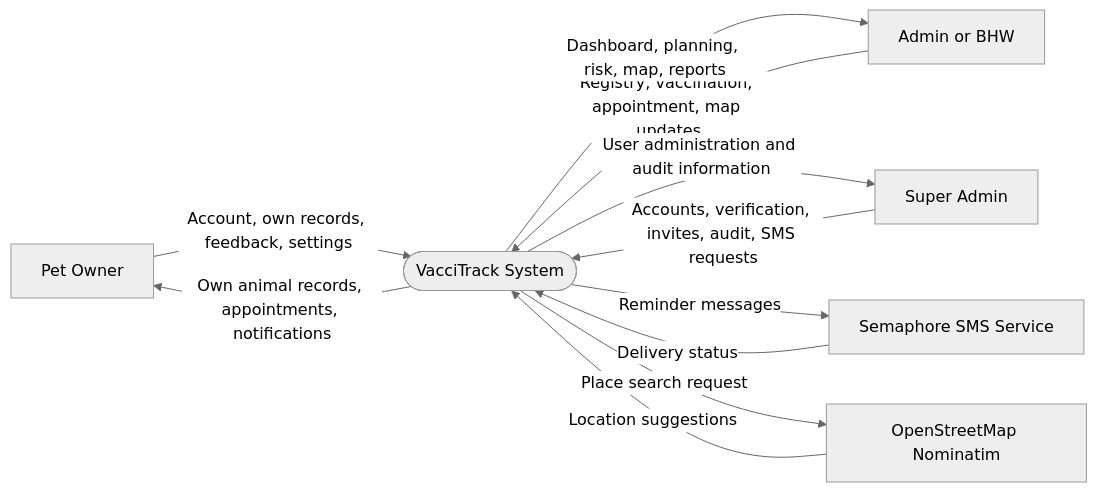
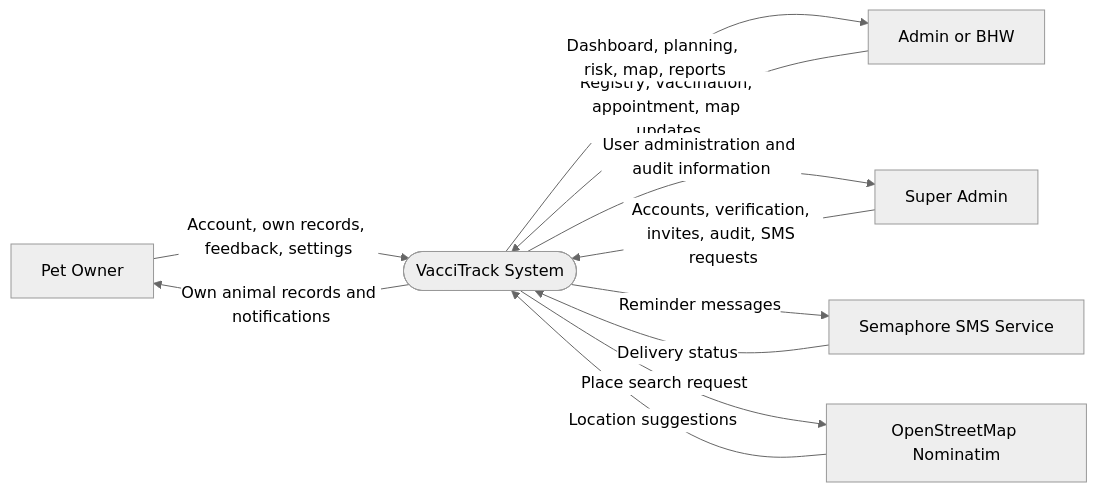
One commit to kiniakoangaccount/vaccitrack-capstone changed the third of 7 diagrams in docs/vaccitrack-system.md. Above: the diagram before and after it, drawn with Mermaid. The commit also changed other lines of this file and 4 other files, not shown here.

Commit message:
diagrams updated

````diff
--- a/docs/vaccitrack-system.md
+++ b/docs/vaccitrack-system.md
@@ -157,21 +156,21 @@
 ```mermaid
 %%{init: {"theme":"neutral"}}%%
 flowchart LR
   OWNER[Pet Owner]
   STAFF[Admin or BHW]
   SUPER[Super Admin]
   SYSTEM([VacciTrack System])
   SMS[Semaphore SMS Service]
   OSM[OpenStreetMap Nominatim]
 
   OWNER -->|Account, own records, feedback, settings| SYSTEM
-  SYSTEM -->|Own animal records, appointments, notifications| OWNER
+  SYSTEM -->|Own animal records and notifications| OWNER
   STAFF -->|Registry, vaccination, appointment, map updates| SYSTEM
   SYSTEM -->|Dashboard, planning, risk, map, reports| STAFF
   SUPER -->|Accounts, verification, invites, audit, SMS requests| SYSTEM
   SYSTEM -->|User administration and audit information| SUPER
   SYSTEM -->|Reminder messages| SMS
   SMS -->|Delivery status| SYSTEM
   SYSTEM -->|Place search request| OSM
   OSM -->|Location suggestions| SYSTEM
 ```
````
